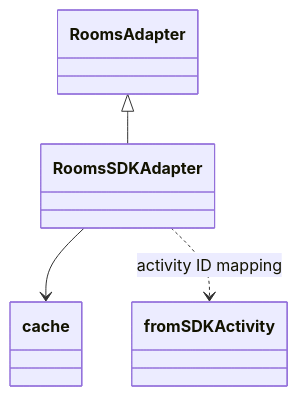
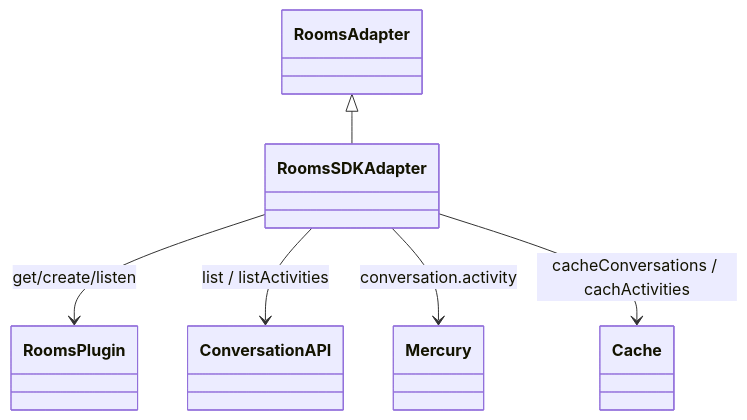
Before and after one commit to webex/sdk-component-adapter: the sixth of 6 diagrams in src/ai-docs/rooms-sdk-adapter-spec.md, drawn with Mermaid. The commit also changed other lines of this file and 13 other files, not shown here.

````diff
--- a/src/ai-docs/rooms-sdk-adapter-spec.md
+++ b/src/ai-docs/rooms-sdk-adapter-spec.md
@@ -152,6 +213,8 @@
 ```mermaid
 classDiagram
   RoomsAdapter <|-- RoomsSDKAdapter
-  RoomsSDKAdapter --> cache
-  RoomsSDKAdapter ..> fromSDKActivity : activity ID mapping
+  RoomsSDKAdapter --> RoomsPlugin : get/create/listen
+  RoomsSDKAdapter --> ConversationAPI : list / listActivities
+  RoomsSDKAdapter --> Mercury : conversation.activity
+  RoomsSDKAdapter --> Cache : cacheConversations / cachActivities
 ```
````
